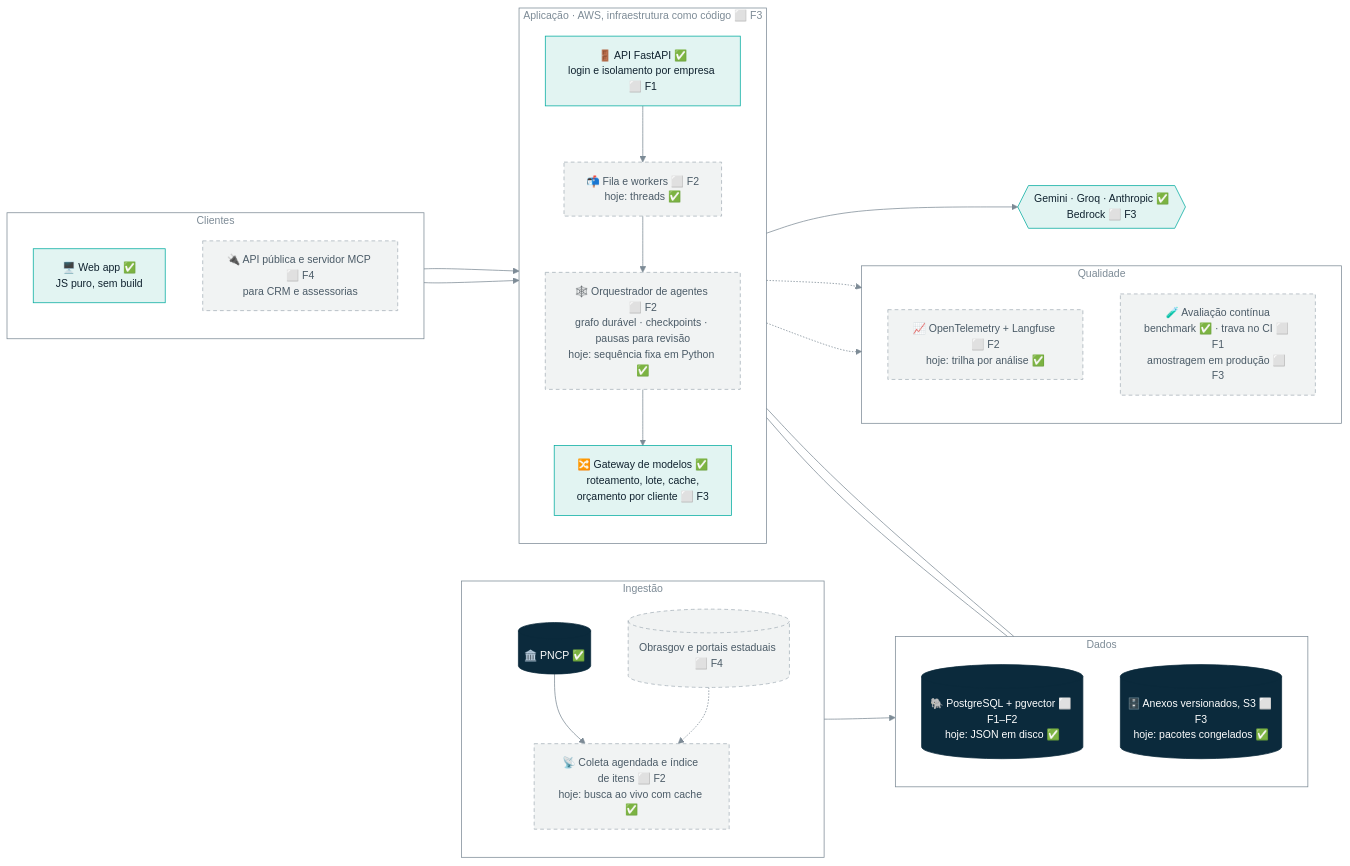
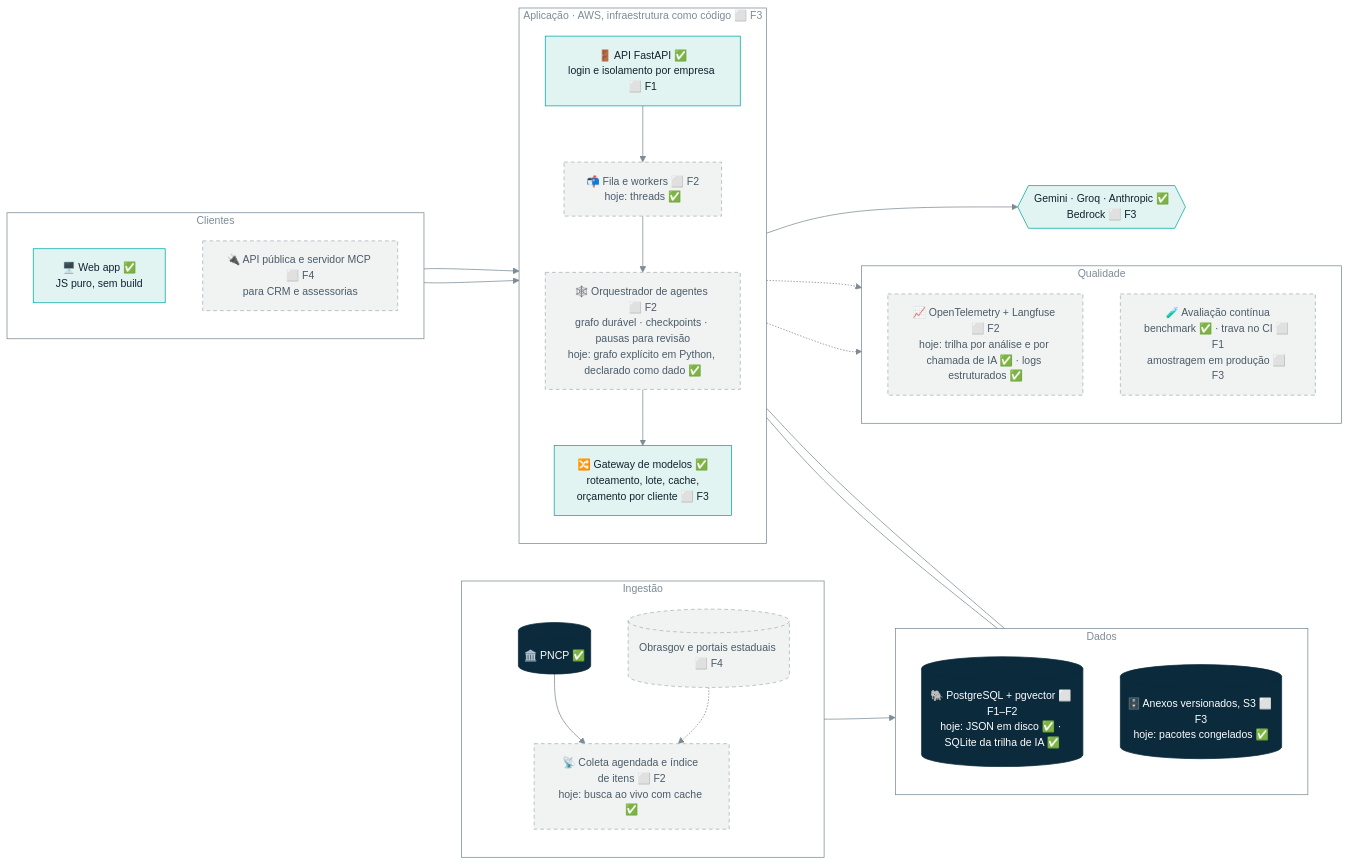
Before and after one commit to Omniamind-org/obranexo: the fourth of 4 diagrams in README.md, drawn with Mermaid. The commit also changed other lines of this file and 5 other files, not shown here.

First line of the commit message:
docs: README, plano de desenvolvimento e fluxo atualizados com observabilidade, custo real, grafo explícito e memória do chat

````diff
--- a/README.md
+++ b/README.md
@@ -357,45 +357,45 @@
 ```mermaid
 %%{init: {'theme':'base','themeVariables':{'primaryColor':'#e2f4f2','primaryTextColor':'#10222f','primaryBorderColor':'#00ab9f','lineColor':'#7d8b96','edgeLabelBackground':'#f1f3f3','fontSize':'14px','clusterBkg':'transparent','clusterBorder':'#7d8b96','titleColor':'#7d8b96'}}}%%
 flowchart LR
   subgraph CLI[" Clientes "]
     direction TB
     W[🖥️ Web app ✅<br/>JS puro, sem build]:::inf
     API2[🔌 API pública e servidor MCP ⬜ F4<br/>para CRM e assessorias]:::plan
   end
   subgraph APP[" Aplicação · AWS, infraestrutura como código ⬜ F3 "]
     direction TB
     G[🚪 API FastAPI ✅<br/>login e isolamento por empresa ⬜ F1]:::inf
     Q[📬 Fila e workers ⬜ F2<br/>hoje: threads ✅]:::plan
-    OR[🕸️ Orquestrador de agentes ⬜ F2<br/>grafo durável · checkpoints · pausas para revisão<br/>hoje: sequência fixa em Python ✅]:::plan
+    OR[🕸️ Orquestrador de agentes ⬜ F2<br/>grafo durável · checkpoints · pausas para revisão<br/>hoje: grafo explícito em Python, declarado como dado ✅]:::plan
     GW[🔀 Gateway de modelos ✅<br/>roteamento, lote, cache,<br/>orçamento por cliente ⬜ F3]:::inf
   end
   subgraph DAT[" Dados "]
     direction TB
-    PG[(🐘 PostgreSQL + pgvector ⬜ F1–F2<br/>hoje: JSON em disco ✅)]:::mem
+    PG[(🐘 PostgreSQL + pgvector ⬜ F1–F2<br/>hoje: JSON em disco ✅ · SQLite da trilha de IA ✅)]:::mem
     S3[(🗄️ Anexos versionados, S3 ⬜ F3<br/>hoje: pacotes congelados ✅)]:::mem
   end
   subgraph ING[" Ingestão "]
     direction TB
     PN[(🏛️ PNCP ✅)]:::mem
     IG[📡 Coleta agendada e índice de itens ⬜ F2<br/>hoje: busca ao vivo com cache ✅]:::plan
     OUT[(Obrasgov e portais estaduais ⬜ F4)]:::plan
   end
   subgraph OBS[" Qualidade "]
     direction TB
-    OT[📈 OpenTelemetry + Langfuse ⬜ F2<br/>hoje: trilha por análise ✅]:::plan
+    OT[📈 OpenTelemetry + Langfuse ⬜ F2<br/>hoje: trilha por análise e por chamada de IA ✅ · logs estruturados ✅]:::plan
     EV[🧪 Avaliação contínua<br/>benchmark ✅ · trava no CI ⬜ F1<br/>amostragem em produção ⬜ F3]:::plan
   end
   LLM{{Gemini · Groq · Anthropic ✅<br/>Bedrock ⬜ F3}}:::inf
   W --> G
   API2 --> G
   G --> Q --> OR --> GW --> LLM
   OR --- PG
   OR --- S3
   PN --> IG --> PG
   OUT -.-> IG
   OR -.-> OT
   OR -.-> EV
   classDef plan fill:#f1f3f3,stroke:#a5b0b8,color:#4b5b67,stroke-dasharray:5 4
   classDef mem fill:#0b2a3c,stroke:#0b2a3c,color:#ffffff
   classDef inf fill:#e2f4f2,stroke:#00ab9f,color:#10222f
 ```
````
